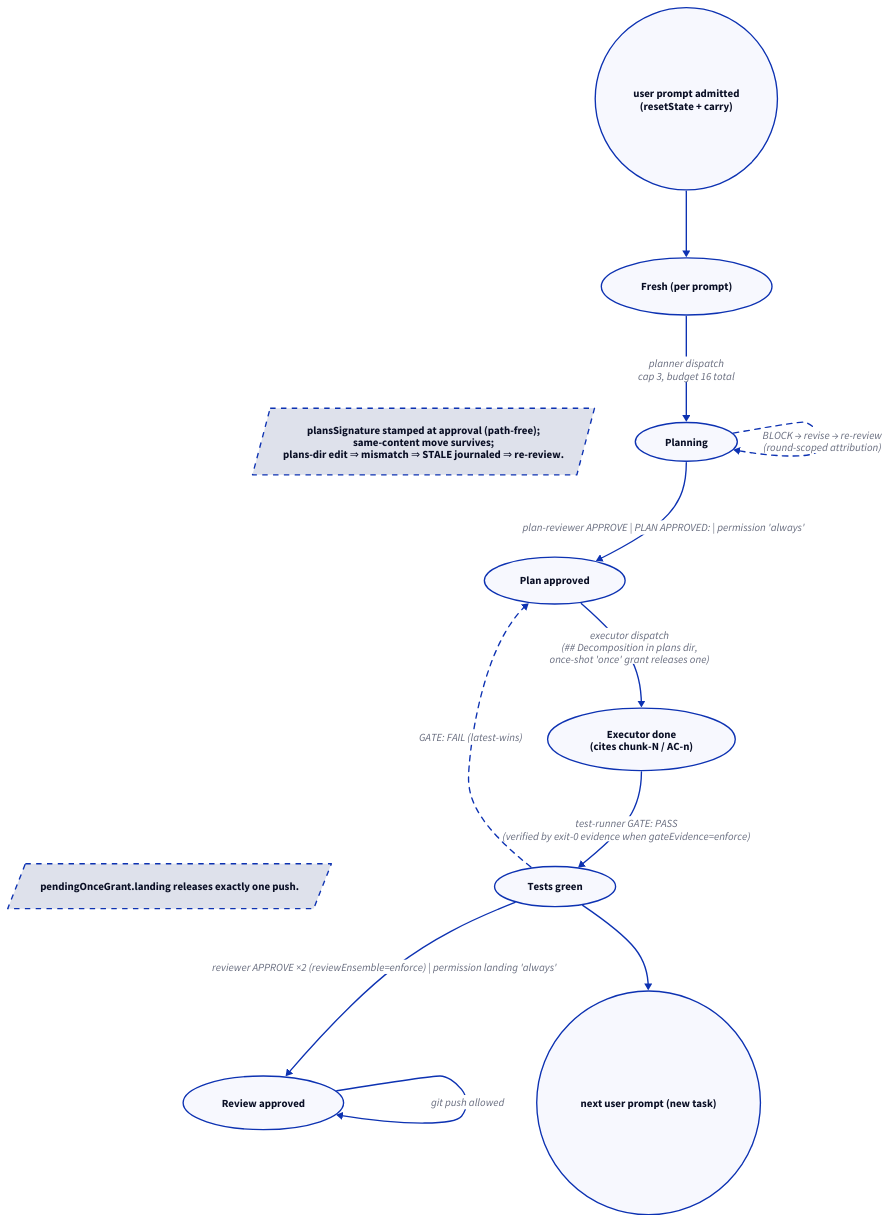
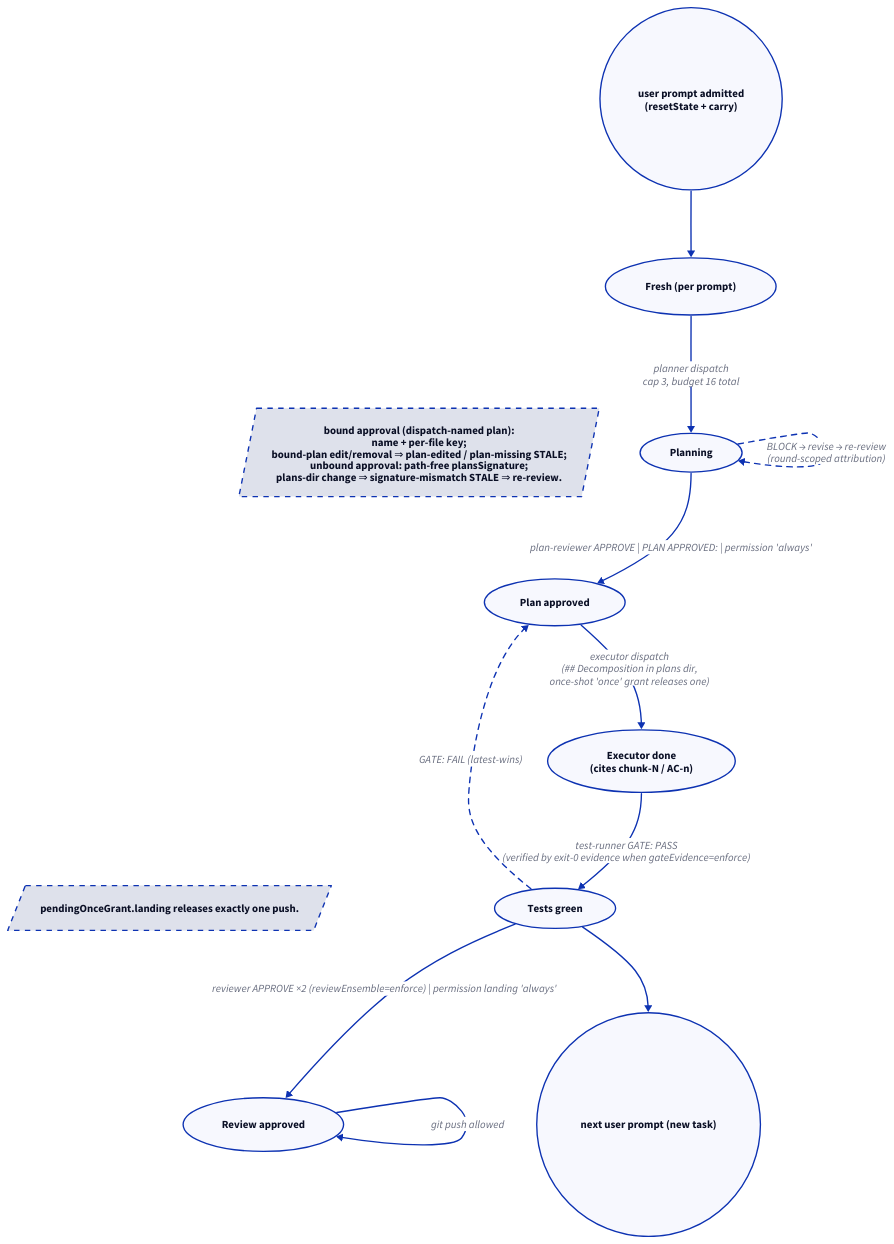
One commit to edseabolt/turnstile changed the diagram in docs/diagrams/d04-gate-state.d2. Above: the diagram before and after it, drawn with D2. The commit also changed 10 other files, not shown here.

First line of the commit message:
fix(gates): bind plan identity to the dispatch-named plan for per-plan staleness

```diff
--- a/docs/diagrams/d04-gate-state.d2
+++ b/docs/diagrams/d04-gate-state.d2
@@ -1,57 +1,57 @@
 direction: down
 
 fresh: "Fresh (per prompt)" {
   shape: oval
 }
 planning: "Planning" {
   shape: oval
 }
 planok: "Plan approved" {
   shape: oval
 }
 executor: "Executor done\n(cites chunk-N / AC-n)" {
   shape: oval
 }
 green: "Tests green" {
   shape: oval
 }
 reviewed: "Review approved" {
   shape: oval
 }
 end: "next user prompt (new task)" {
   shape: circle
 }
 
 start: "user prompt admitted\n(resetState + carry)" {
   shape: circle
 }
 
 start -> fresh
 fresh -> planning: "planner dispatch\ncap 3, budget 16 total"
 planning -> planok: "plan-reviewer APPROVE | PLAN APPROVED: | permission 'always'"
 planning -> planning: "BLOCK → revise → re-review\n(round-scoped attribution)" {
   style.stroke-dash: 4
 }
 planok -> executor: "executor dispatch\n(## Decomposition in plans dir,\nonce-shot 'once' grant releases one)"
 executor -> green: "test-runner GATE: PASS\n(verified by exit-0 evidence when gateEvidence=enforce)"
 green -> planok: "GATE: FAIL (latest-wins)" {
   style.stroke-dash: 4
 }
 green -> reviewed: "reviewer APPROVE ×2 (reviewEnsemble=enforce) | permission landing 'always'"
 reviewed -> reviewed: "git push allowed"
 green -> end
 
-planok-note: "plansSignature stamped at approval (path-free);\nsame-content move survives;\nplans-dir edit ⇒ mismatch ⇒ STALE journaled ⇒ re-review." {
+planok-note: "bound approval (dispatch-named plan):\nname + per-file key;\nbound-plan edit/removal ⇒ plan-edited / plan-missing STALE;\nunbound approval: path-free plansSignature;\nplans-dir change ⇒ signature-mismatch STALE ⇒ re-review." {
   style.stroke-dash: 4
   shape: parallelogram
 }
 reviewed-note: "pendingOnceGrant.landing releases exactly one push." {
   style.stroke-dash: 4
   shape: parallelogram
 }
 planok-note -> planok: "" {
   style.opacity: 0
 }
 reviewed-note -> reviewed: "" {
   style.opacity: 0
 }
```
